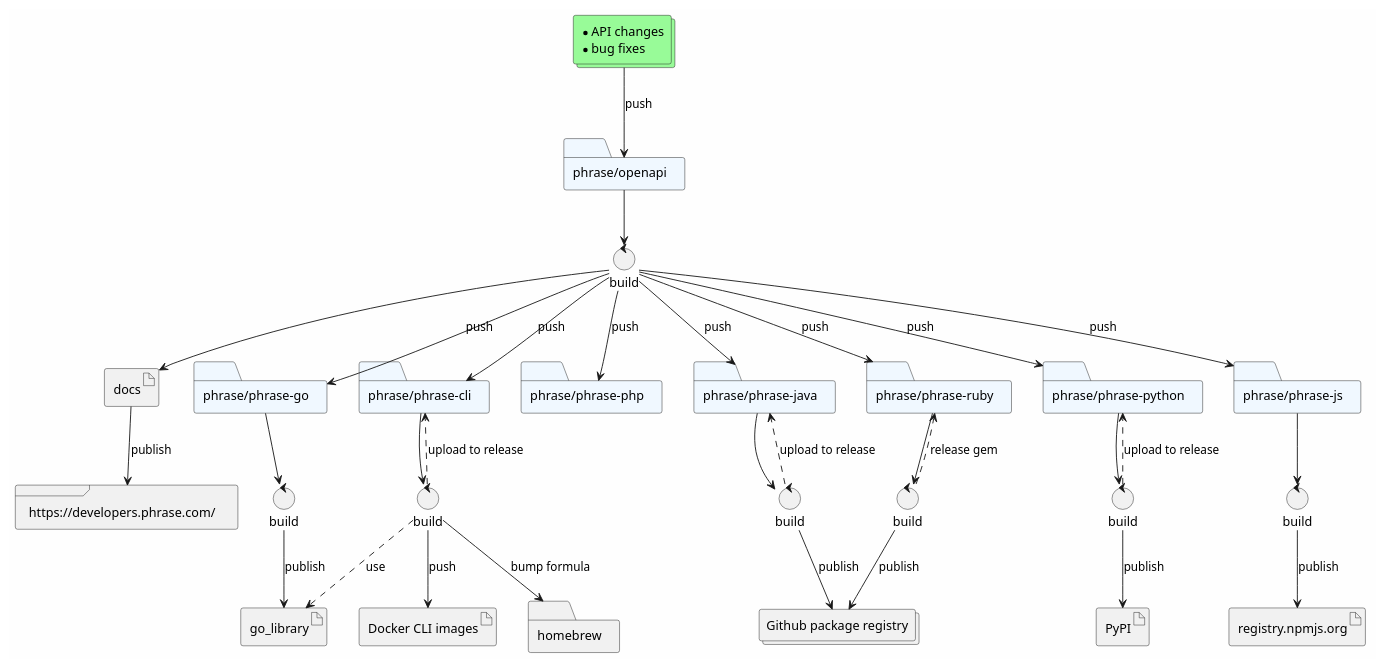
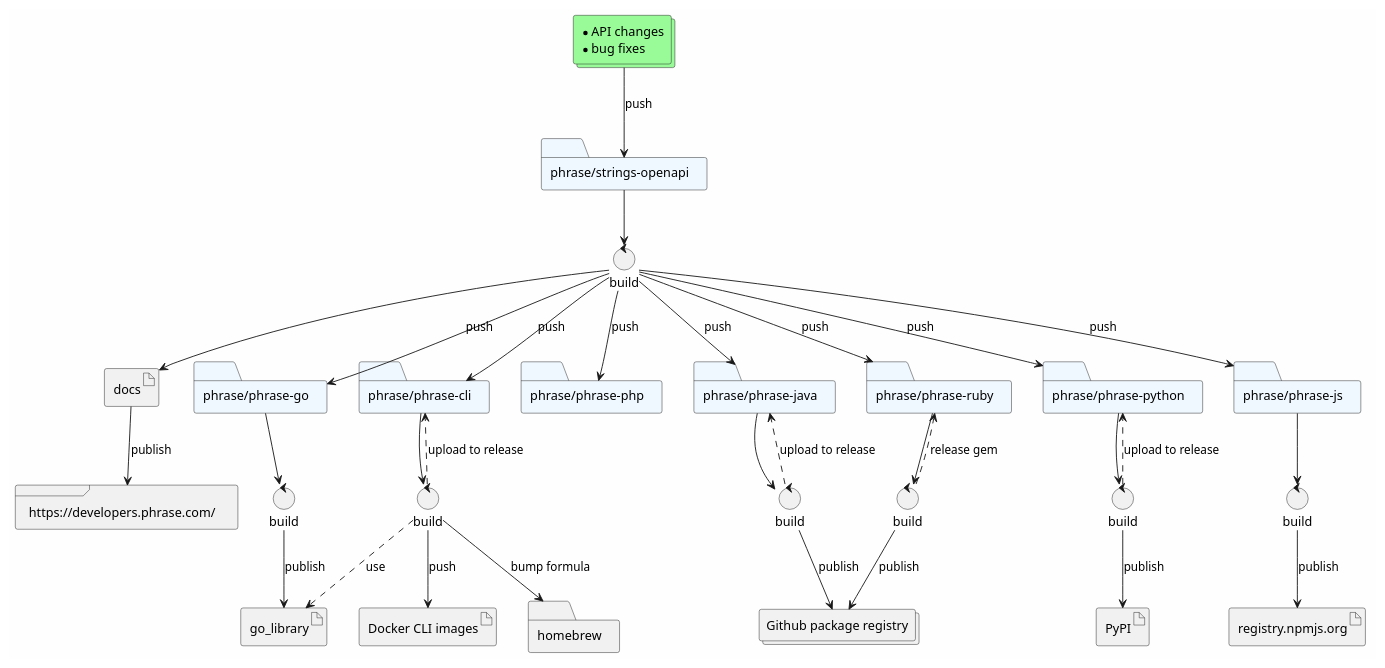
The diagram in docs/workflow.plantuml (phrase/openapi), drawn with PlantUML before and after one commit. The commit also changed 10 other files, not shown here.

Commit message:
Rename repo to strings-openapi

```diff
--- a/docs/workflow.plantuml
+++ b/docs/workflow.plantuml
@@ -1,70 +1,70 @@
 @startuml "openapi workflow"
 skinparam backgroundColor #fefefe
 
 collections "* API changes\n* bug fixes" as changes #PaleGreen
-folder "phrase/openapi" as openapi #AliceBlue
+folder "phrase/strings-openapi" as openapi #AliceBlue
 control "build" as actions
 
 artifact docs
 frame "https://developers.phrase.com/" as developers
 
 folder "phrase/phrase-go" as go #AliceBlue
 folder "phrase/phrase-cli" as cli #AliceBlue
 folder "phrase/phrase-php" as php #AliceBlue
 folder "phrase/phrase-java" as java #AliceBlue
 folder "phrase/phrase-python" as python #AliceBlue
 folder "phrase/phrase-ruby" as ruby #AliceBlue
 folder "phrase/phrase-js" as js #AliceBlue
 
 
 control "build" as go_actions
 control "build" as build_cli
 control "build" as build_java
 control "build" as build_js
 control "build" as build_ruby
 control "build" as build_python
 
 artifact go_library
 artifact "Docker CLI images" as docker_images
 folder homebrew
 collections "Github package registry" as github_package_registry
 artifact "registry.npmjs.org" as npm
 artifact "PyPI"
 
 changes --> openapi : push
 openapi --> actions
 actions --> docs
 docs --> developers : publish
 actions --> go : push
 actions --> php : push
 actions --> java : push
 actions --> python : push
 actions --> cli : push
 actions --> ruby : push
 actions --> js : push
 
 go --> go_actions
 go_actions --> go_library : publish
 
 cli --> build_cli
 build_cli ..> go_library : use
 build_cli --> homebrew : bump formula
 build_cli --> docker_images : push
 build_cli ..> cli : upload to release
 
 java --> build_java
 build_java ..> java : upload to release
 build_java --> github_package_registry : publish
 
 python --> build_python
 build_python ..> python : upload to release
 build_python --> PyPI : publish
 
 js --> build_js
 build_js --> npm : publish
 
 ruby --> build_ruby
 build_ruby --> github_package_registry : publish
 build_ruby ..> ruby : release gem
 
 @enduml
```
